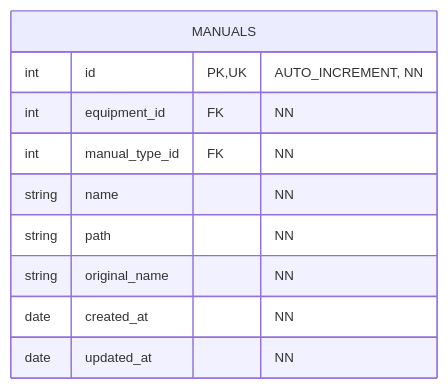
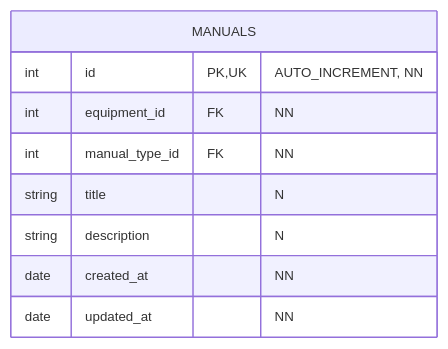
Before and after one commit to Juandiego001/lab-dental: diagram 35 of 36 in docs/db/db.md, drawn with Mermaid. The commit also changed other lines of this file and 82 other files, not shown here.

````diff
--- a/docs/db/db.md
+++ b/docs/db/db.md
@@ -585,14 +650,13 @@
 ```mermaid
 %%{init: {'theme': 'default', 'themeVariables': { 'fontSize': '12px', 'entityPadding': '5' }}}%%
 erDiagram
     MANUALS {
         int id PK, UK "AUTO_INCREMENT, NN"
         int equipment_id FK "NN"
         int manual_type_id FK "NN"
-        string name "NN"
-        string path "NN"
-        string original_name "NN"
+        string title "N"
+        string description "N"
         date created_at "NN"
         date updated_at "NN"
     }
 ```
````
